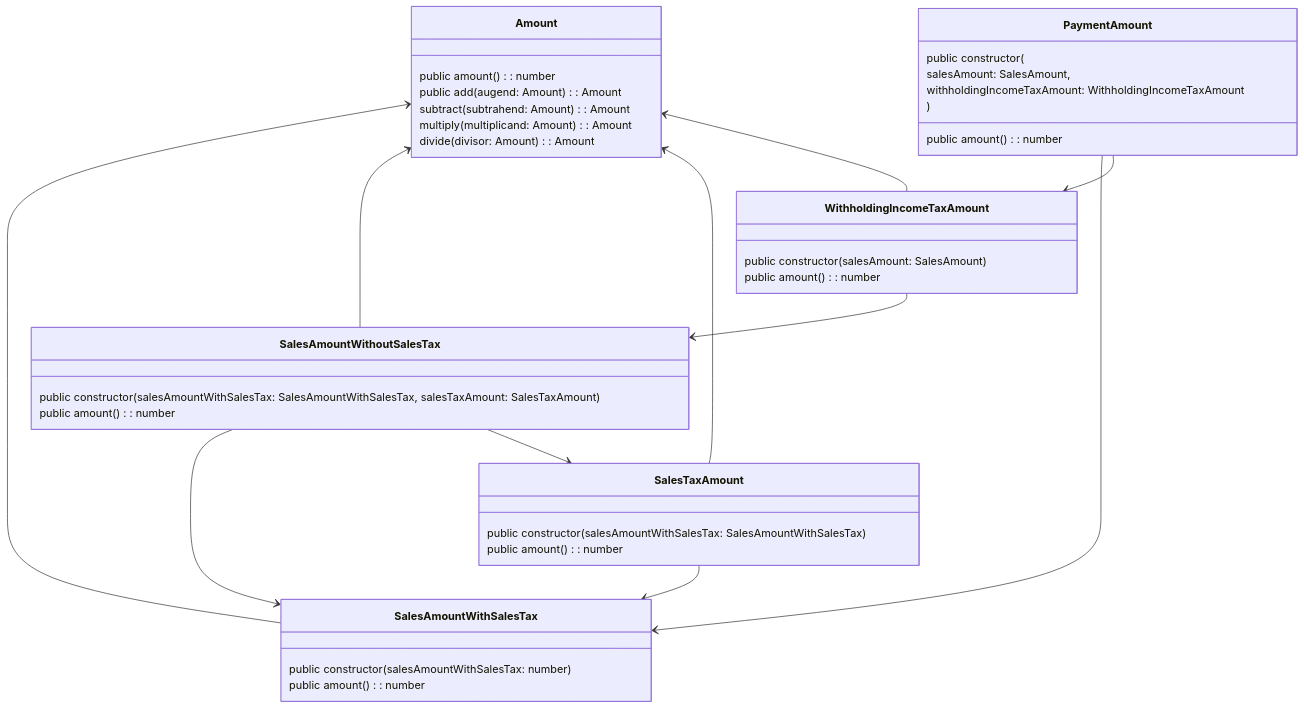
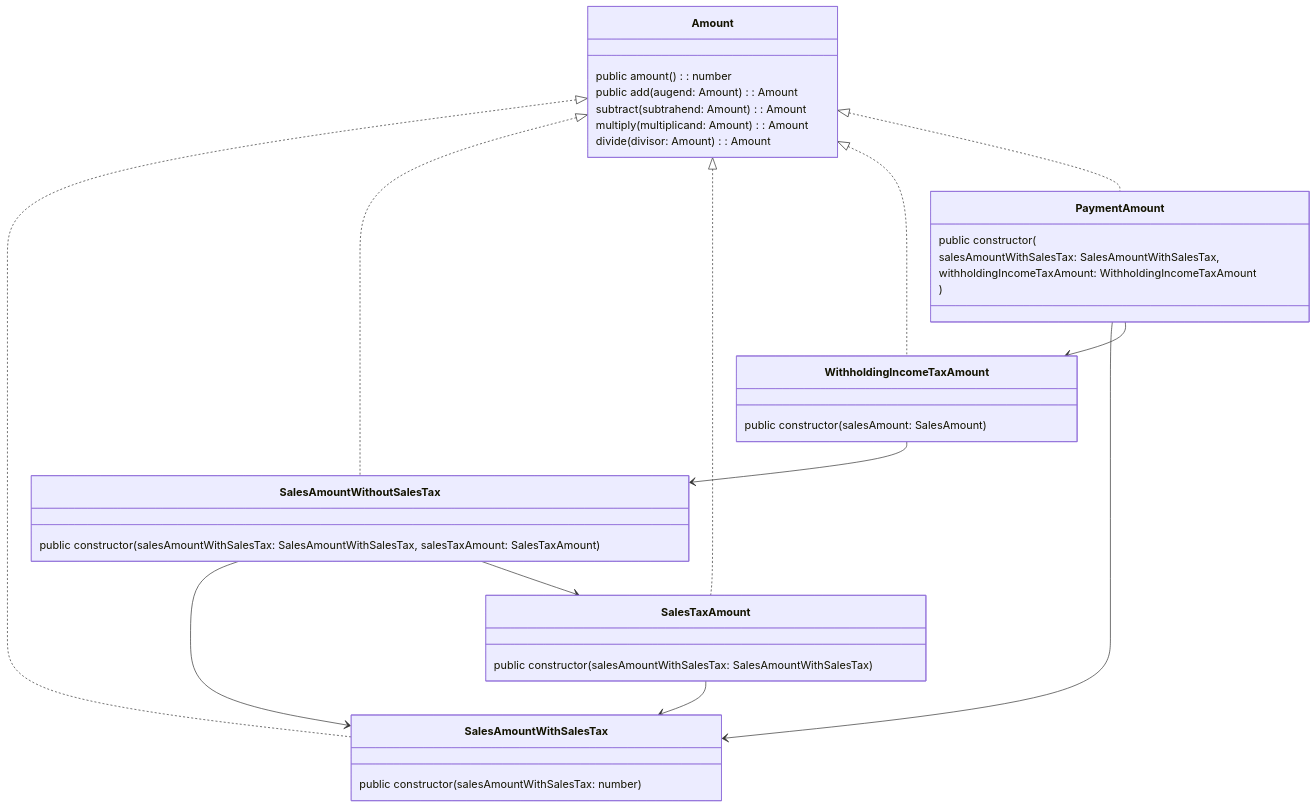
Before and after one commit to mitsuoka0423/bun-line-bot-tax-calc.ts: the third of 3 diagrams in readme.md, drawn with Mermaid. The commit also changed other lines of this file, not shown here.

````diff
--- a/readme.md
+++ b/readme.md
@@ -41,45 +41,41 @@
 ```mermaid
 classDiagram
-  Amount <-- SalesAmountWithSalesTax
-  Amount <-- SalesAmountWithoutSalesTax
-  Amount <-- SalesTaxAmount
-  Amount <-- WithholdingIncomeTaxAmount
+  Amount <|.. SalesAmountWithSalesTax
+  Amount <|.. SalesAmountWithoutSalesTax
+  Amount <|.. SalesTaxAmount
+  Amount <|.. WithholdingIncomeTaxAmount
+  Amount <|.. PaymentAmount
 
   PaymentAmount --> SalesAmountWithSalesTax
   PaymentAmount --> WithholdingIncomeTaxAmount
   WithholdingIncomeTaxAmount --> SalesAmountWithoutSalesTax
   SalesAmountWithoutSalesTax --> SalesAmountWithSalesTax
   SalesAmountWithoutSalesTax --> SalesTaxAmount
   SalesTaxAmount --> SalesAmountWithSalesTax
 
   class Amount {
     public amount(): number
     public add(augend: Amount): Amount
     subtract(subtrahend: Amount): Amount
     multiply(multiplicand: Amount): Amount
     divide(divisor: Amount): Amount
   }
   class PaymentAmount {
     public constructor(
-      salesAmount: SalesAmount, 
+      salesAmountWithSalesTax: SalesAmountWithSalesTax, 
       withholdingIncomeTaxAmount: WithholdingIncomeTaxAmount
     )
-    public amount(): number
   }
   class SalesAmountWithSalesTax {
     public constructor(salesAmountWithSalesTax: number)
-    public amount(): number
   }
   class SalesAmountWithoutSalesTax {
     public constructor(salesAmountWithSalesTax: SalesAmountWithSalesTax, salesTaxAmount: SalesTaxAmount)
-    public amount(): number
   }
   class SalesTaxAmount {
     public constructor(salesAmountWithSalesTax: SalesAmountWithSalesTax)
-    public amount(): number
   }
   class WithholdingIncomeTaxAmount {
     public constructor(salesAmount: SalesAmount)
-    public amount(): number
   }
 ```
````
